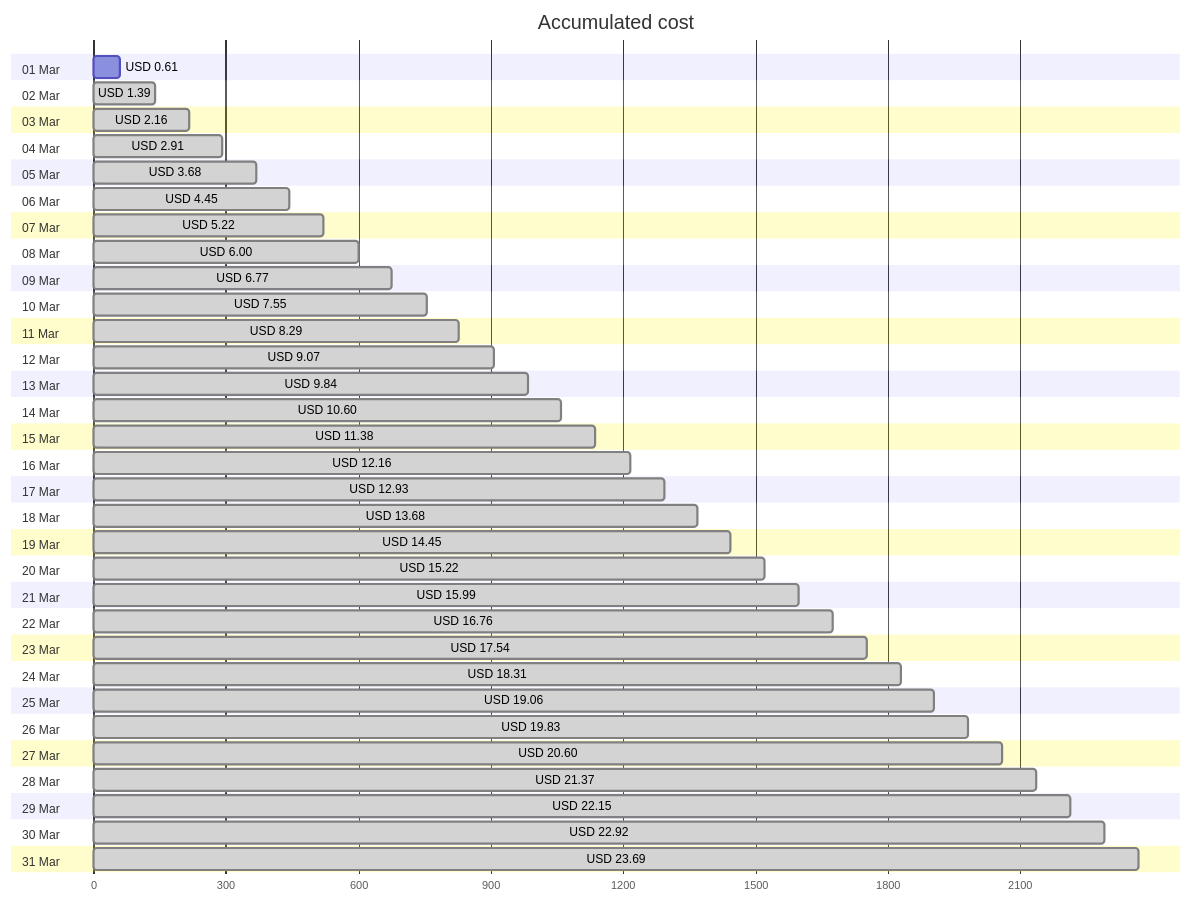
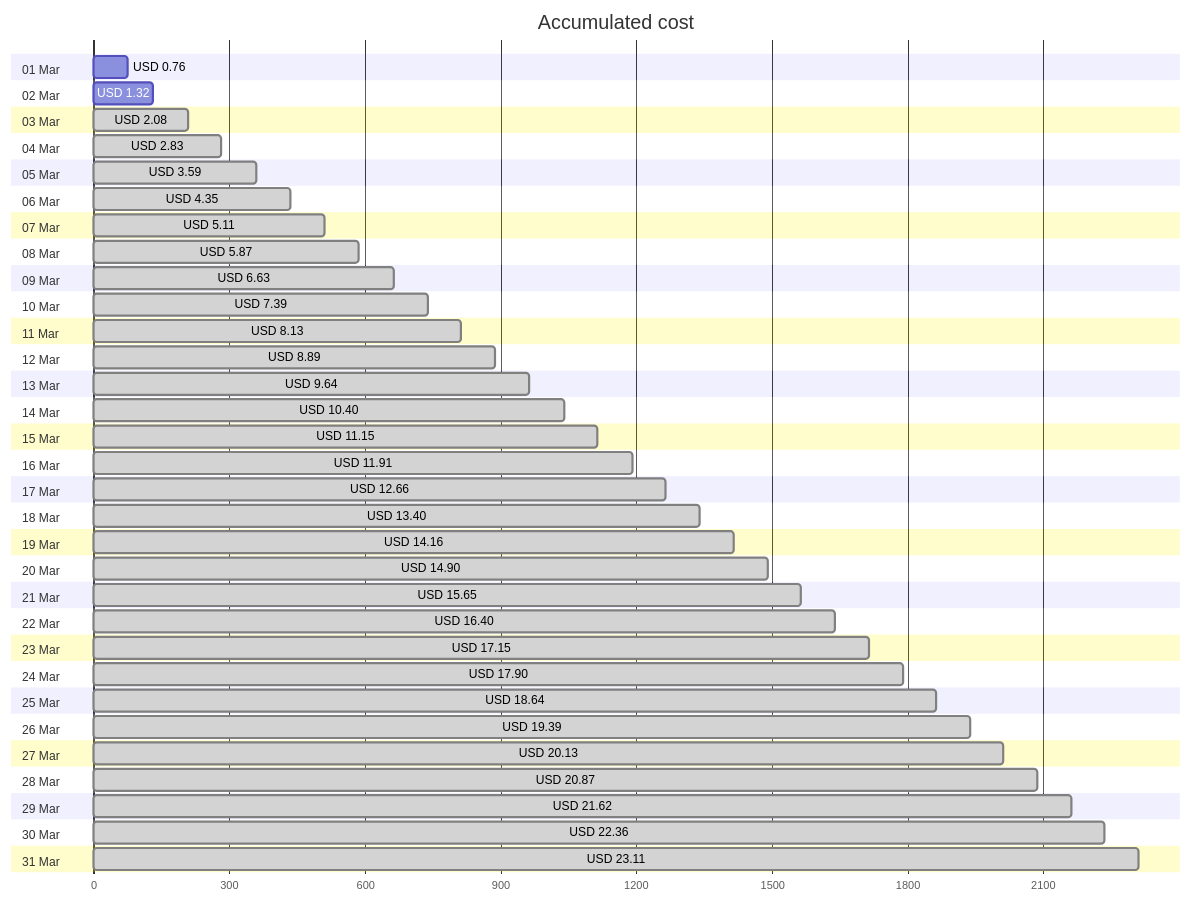
Before and after one commit to jpfulton/azure-personal-reports: the first of 4 diagrams in cost-reports/personal-network/backup-server-data-disk.md, drawn with Mermaid. The commit also changed other lines of this file and 8 other files, not shown here.

````diff
--- a/cost-reports/personal-network/backup-server-data-disk.md
+++ b/cost-reports/personal-network/backup-server-data-disk.md
@@ -20,68 +20,68 @@
 ```mermaid
 gantt
    title Accumulated cost
    dateFormat  X
    axisFormat %s
    section 01 Mar
-   USD 0.61 :0, 61
+   USD 0.76 :0, 76
    section 02 Mar
-   USD 1.39 : done, 0, 139
+   USD 1.32 :0, 132
    section 03 Mar
-   USD 2.16 : done, 0, 216
+   USD 2.08 : done, 0, 208
    section 04 Mar
-   USD 2.91 : done, 0, 291
+   USD 2.83 : done, 0, 283
    section 05 Mar
-   USD 3.68 : done, 0, 368
+   USD 3.59 : done, 0, 359
    section 06 Mar
-   USD 4.45 : done, 0, 445
+   USD 4.35 : done, 0, 435
    section 07 Mar
-   USD 5.22 : done, 0, 522
+   USD 5.11 : done, 0, 511
    section 08 Mar
-   USD 6.00 : done, 0, 600
+   USD 5.87 : done, 0, 587
    section 09 Mar
-   USD 6.77 : done, 0, 677
+   USD 6.63 : done, 0, 663
    section 10 Mar
-   USD 7.55 : done, 0, 755
+   USD 7.39 : done, 0, 739
    section 11 Mar
-   USD 8.29 : done, 0, 829
+   USD 8.13 : done, 0, 813
    section 12 Mar
-   USD 9.07 : done, 0, 907
+   USD 8.89 : done, 0, 889
    section 13 Mar
-   USD 9.84 : done, 0, 984
+   USD 9.64 : done, 0, 964
    section 14 Mar
-   USD 10.60 : done, 0, 1060
+   USD 10.40 : done, 0, 1040
    section 15 Mar
-   USD 11.38 : done, 0, 1138
+   USD 11.15 : done, 0, 1115
    section 16 Mar
-   USD 12.16 : done, 0, 1216
+   USD 11.91 : done, 0, 1191
    section 17 Mar
-   USD 12.93 : done, 0, 1293
+   USD 12.66 : done, 0, 1266
    section 18 Mar
-   USD 13.68 : done, 0, 1368
+   USD 13.40 : done, 0, 1340
    section 19 Mar
-   USD 14.45 : done, 0, 1445
+   USD 14.16 : done, 0, 1416
    section 20 Mar
-   USD 15.22 : done, 0, 1522
+   USD 14.90 : done, 0, 1490
    section 21 Mar
-   USD 15.99 : done, 0, 1599
+   USD 15.65 : done, 0, 1565
    section 22 Mar
-   USD 16.76 : done, 0, 1676
+   USD 16.40 : done, 0, 1640
    section 23 Mar
-   USD 17.54 : done, 0, 1754
+   USD 17.15 : done, 0, 1715
    section 24 Mar
-   USD 18.31 : done, 0, 1831
+   USD 17.90 : done, 0, 1790
    section 25 Mar
-   USD 19.06 : done, 0, 1906
+   USD 18.64 : done, 0, 1864
    section 26 Mar
-   USD 19.83 : done, 0, 1983
+   USD 19.39 : done, 0, 1939
    section 27 Mar
-   USD 20.60 : done, 0, 2060
+   USD 20.13 : done, 0, 2013
    section 28 Mar
-   USD 21.37 : done, 0, 2137
+   USD 20.87 : done, 0, 2087
    section 29 Mar
-   USD 22.15 : done, 0, 2215
+   USD 21.62 : done, 0, 2162
    section 30 Mar
-   USD 22.92 : done, 0, 2292
+   USD 22.36 : done, 0, 2236
    section 31 Mar
-   USD 23.69 : done, 0, 2369
+   USD 23.11 : done, 0, 2311
 ```
````
